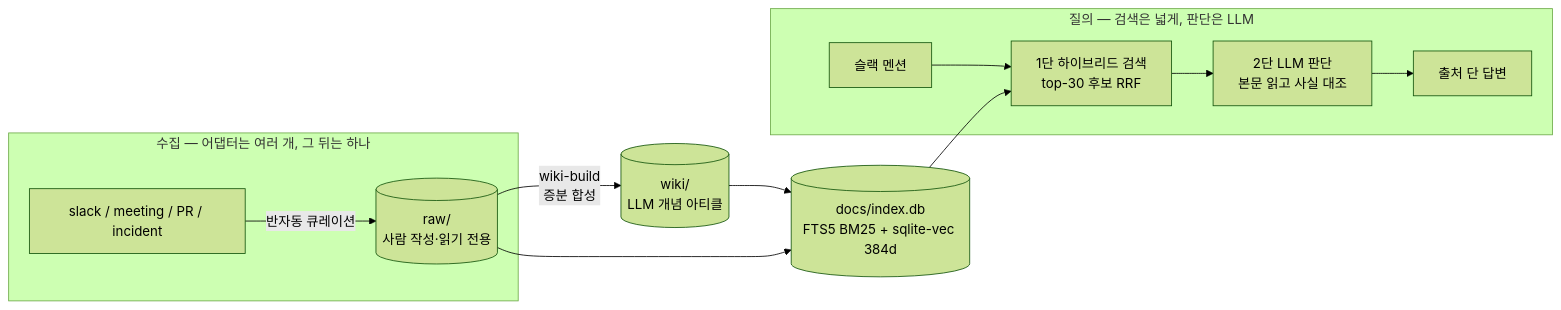
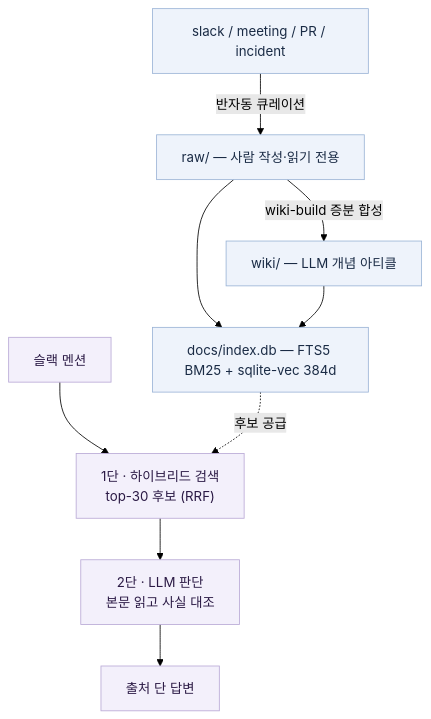
The diagram in README.md (taehyunan-99/teambrain), drawn with Mermaid (forest theme) before and after one commit. The commit also changed other lines of this file, not shown here.

````diff
--- a/README.md
+++ b/README.md
@@ -84,15 +52,25 @@
 ```mermaid
-flowchart LR
-    subgraph 수집["수집 — 어댑터는 여러 개, 그 뒤는 하나"]
-        SRC[slack / meeting / PR / incident] -->|반자동 큐레이션| RAW[(raw/<br/>사람 작성·읽기 전용)]
-    end
-    RAW -->|wiki-build<br/>증분 합성| WIKI[(wiki/<br/>LLM 개념 아티클)]
-    WIKI --> IDX[(docs/index.db<br/>FTS5 BM25 + sqlite-vec 384d)]
+flowchart TB
+    SRC["slack / meeting / PR / incident"]
+    RAW["raw/ — 사람 작성·읽기 전용"]
+    WIKI["wiki/ — LLM 개념 아티클"]
+    IDX["docs/index.db — FTS5 BM25 + sqlite-vec 384d"]
+    Q["슬랙 멘션"]
+    S1["1단 · 하이브리드 검색<br/>top-30 후보 (RRF)"]
+    S2["2단 · LLM 판단<br/>본문 읽고 사실 대조"]
+    A["출처 단 답변"]
+
+    SRC -->|반자동 큐레이션| RAW
+    RAW -->|wiki-build 증분 합성| WIKI
     RAW --> IDX
-    subgraph QA["질의 — 검색은 넓게, 판단은 LLM"]
-        Q[슬랙 멘션] --> S1[1단 하이브리드 검색<br/>top-30 후보 RRF]
-        S1 --> S2[2단 LLM 판단<br/>본문 읽고 사실 대조]
-        S2 --> A[출처 단 답변]
-    end
-    IDX --> S1
+    WIKI --> IDX
+
+    Q --> S1
+    IDX -.후보 공급.-> S1
+    S1 --> S2 --> A
+
+    classDef data fill:#eef3fb,stroke:#9bb4d6,color:#1a2b45;
+    classDef qa fill:#f3f0fb,stroke:#b9a9d6,color:#2b1a45;
+    class SRC,RAW,WIKI,IDX data;
+    class Q,S1,S2,A qa;
 ```
````
